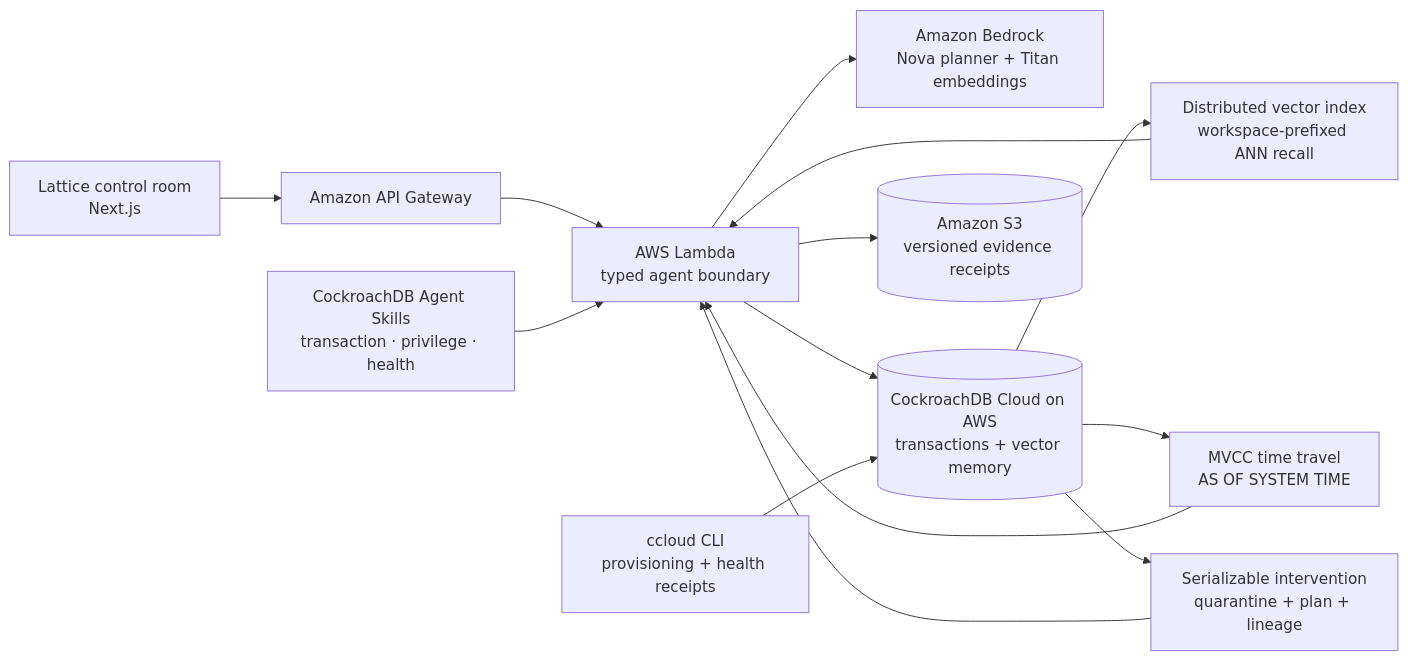
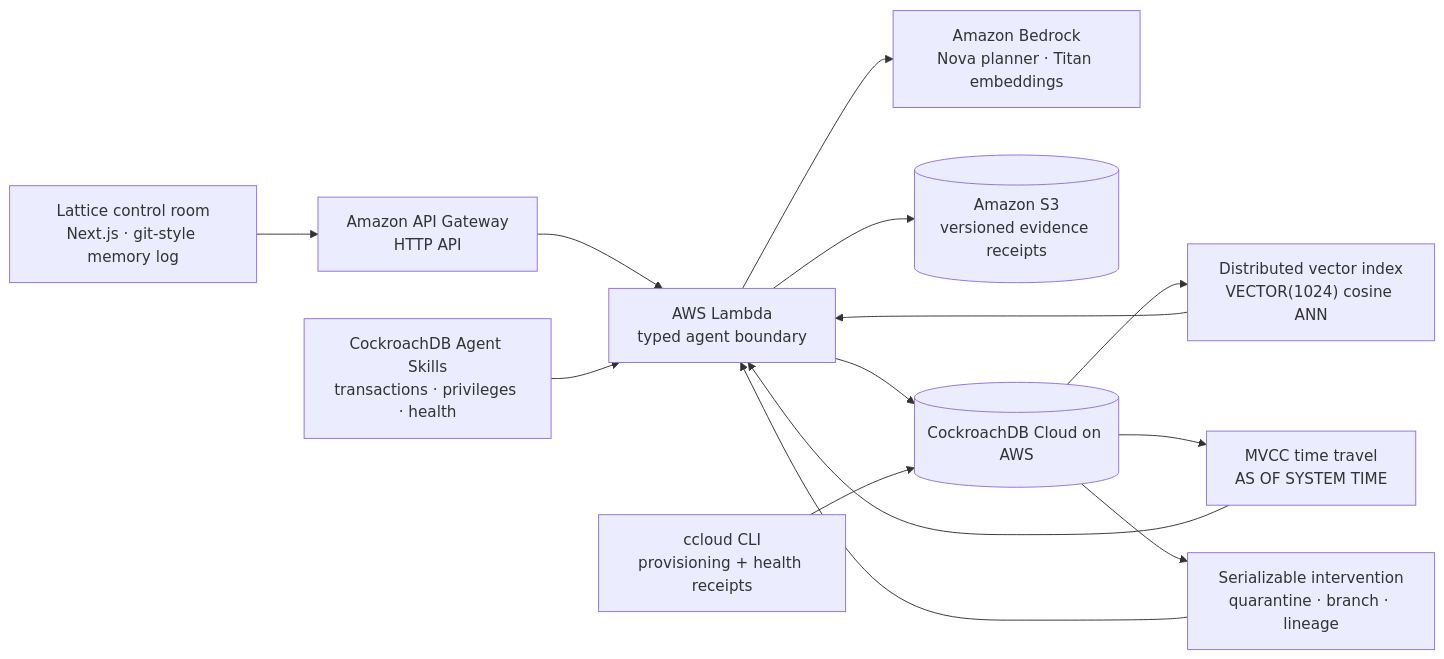
Before and after one commit to AdarshSingh-ASR/Lattice: the first of 2 diagrams in README.md, drawn with Mermaid. The commit also changed other lines of this file and 8 other files, not shown here.

````diff
--- a/README.md
+++ b/README.md
@@ -52,18 +117,21 @@
 ```mermaid
 flowchart LR
-    UI["Lattice control room<br/>Next.js"] --> API["Amazon API Gateway"]
+    UI["Lattice control room<br/>Next.js · git-style memory log"]
+    UI --> API["Amazon API Gateway<br/>HTTP API"]
     API --> AGENT["AWS Lambda<br/>typed agent boundary"]
-    AGENT --> BEDROCK["Amazon Bedrock<br/>Nova planner + Titan embeddings"]
-    AGENT --> CRDB[("CockroachDB Cloud on AWS<br/>transactions + vector memory")]
+
+    AGENT --> BEDROCK["Amazon Bedrock<br/>Nova planner · Titan embeddings"]
     AGENT --> S3[("Amazon S3<br/>versioned evidence receipts")]
+    AGENT --> CRDB[("CockroachDB Cloud on AWS")]
 
-    SKILLS["CockroachDB Agent Skills<br/>transaction · privilege · health"] --> AGENT
+    SKILLS["CockroachDB Agent Skills<br/>transactions · privileges · health"] --> AGENT
     CCLOUD["ccloud CLI<br/>provisioning + health receipts"] --> CRDB
 
-    CRDB --> VECTOR["Distributed vector index<br/>workspace-prefixed ANN recall"]
+    CRDB --> VECTOR["Distributed vector index<br/>VECTOR(1024) cosine ANN"]
     CRDB --> TEMPORAL["MVCC time travel<br/>AS OF SYSTEM TIME"]
-    CRDB --> JOURNAL["Serializable intervention<br/>quarantine + plan + lineage"]
+    CRDB --> JOURNAL["Serializable intervention<br/>quarantine · branch · lineage"]
+
     VECTOR --> AGENT
     TEMPORAL --> AGENT
     JOURNAL --> AGENT
 ```
````
